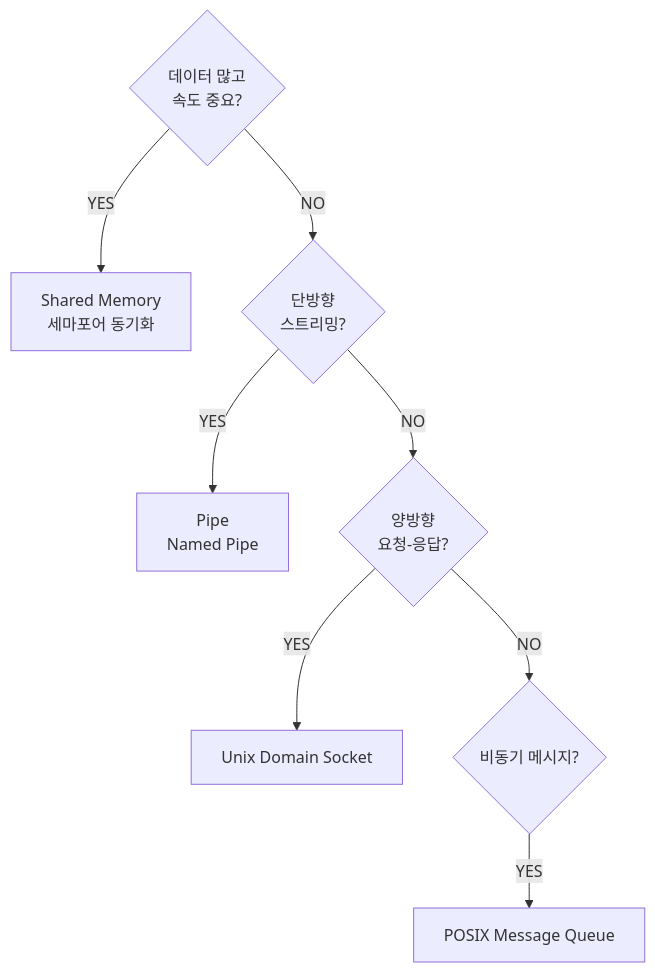
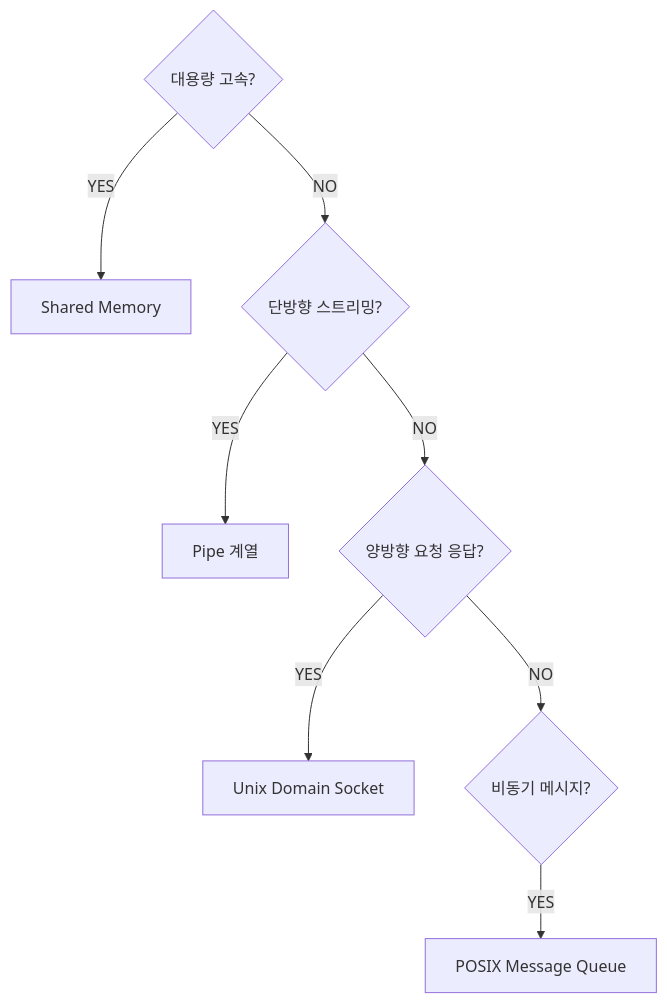
The second of 2 diagrams in content/linux/process-isolation/ipc-mechanisms.md (moonblueblue/devops-wiki), drawn with Mermaid before and after one commit. The commit also changed other lines of this file and 37 other files, not shown here.

First line of the commit message:
style: linux 카테고리 ASCII 도표·Mermaid 라벨 형식 교정

````diff
--- a/content/linux/process-isolation/ipc-mechanisms.md
+++ b/content/linux/process-isolation/ipc-mechanisms.md
@@ -327,11 +332,11 @@
 ```mermaid
 graph TD
-    A{"데이터 많고\n속도 중요?"}
-    A -->|YES| B["Shared Memory\n세마포어 동기화"]
-    A -->|NO| C{"단방향\n스트리밍?"}
-    C -->|YES| D["Pipe\nNamed Pipe"]
-    C -->|NO| E{"양방향\n요청-응답?"}
-    E -->|YES| F[Unix Domain Socket]
+    A{"대용량 고속?"}
+    A -->|YES| B["Shared Memory"]
+    A -->|NO| C{"단방향 스트리밍?"}
+    C -->|YES| D["Pipe 계열"]
+    C -->|NO| E{"양방향 요청 응답?"}
+    E -->|YES| F["Unix Domain Socket"]
     E -->|NO| G{"비동기 메시지?"}
-    G -->|YES| H[POSIX Message Queue]
+    G -->|YES| H["POSIX Message Queue"]
 ```
````
